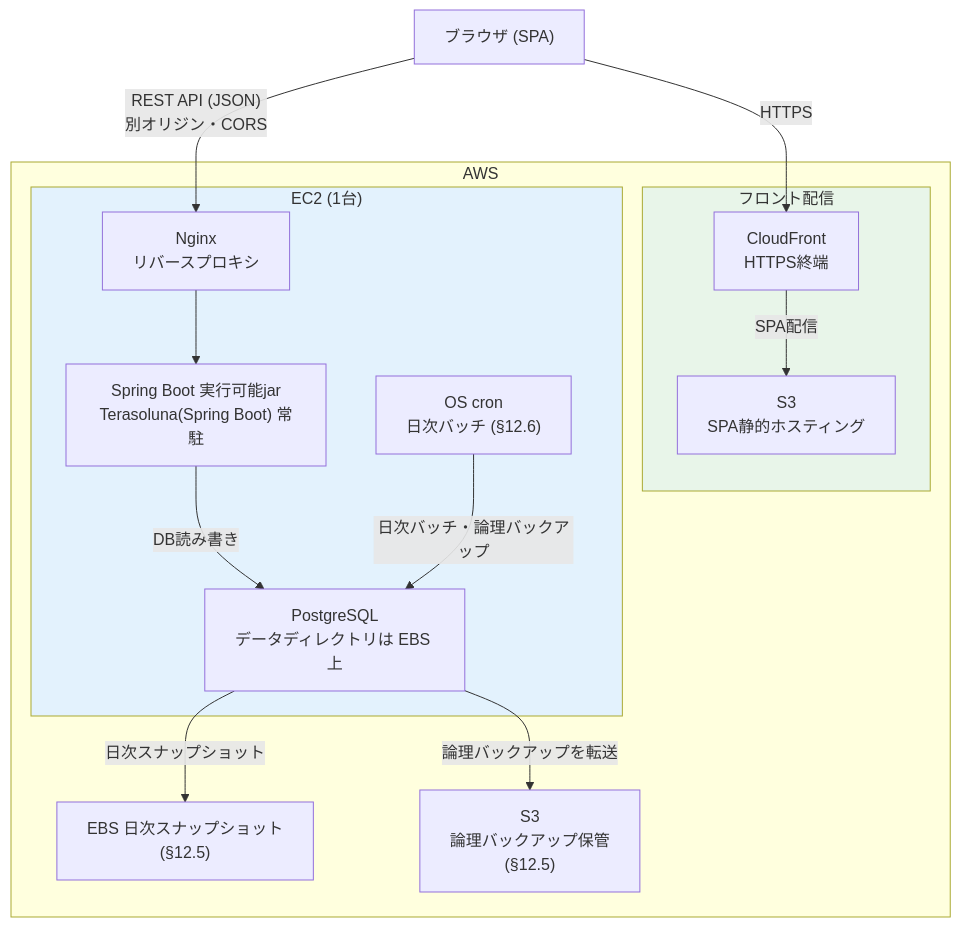
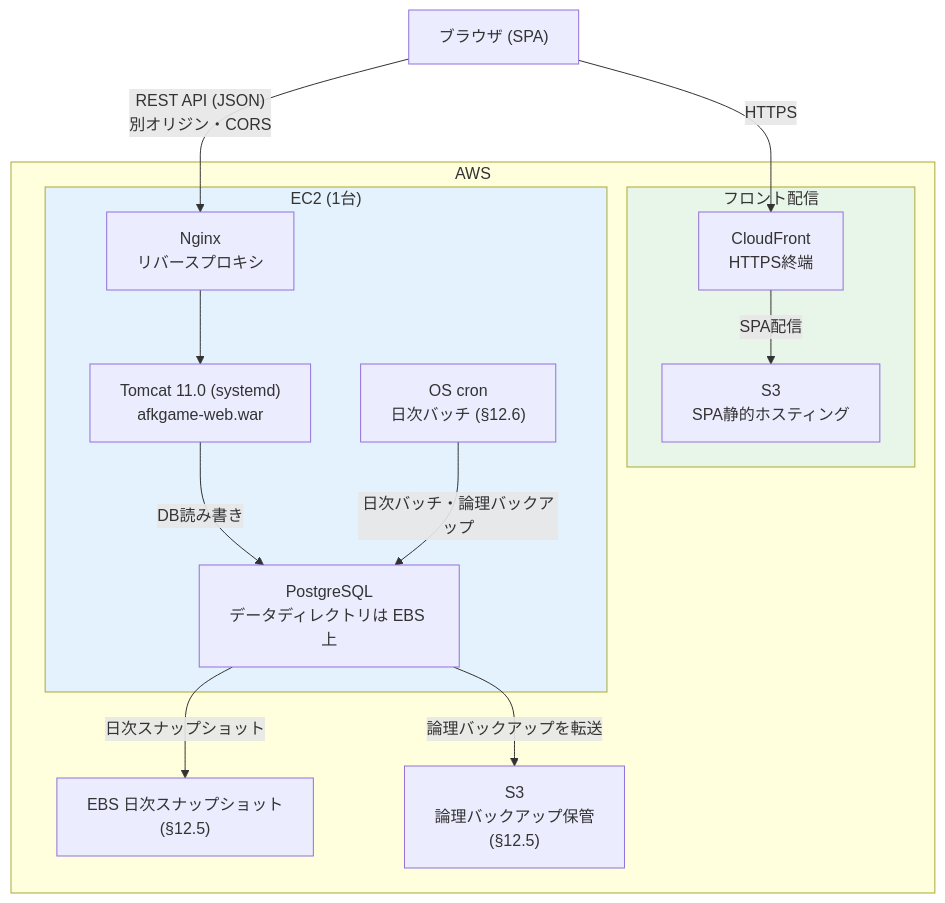
One commit to dateeee/2026_AFKGAME changed the diagram in docs/diagrams/system_architecture/deployment.md. Above: the diagram before and after it, drawn with Mermaid. The commit also changed other lines of this file and 40 other files, not shown here.

````diff
--- a/docs/diagrams/system_architecture/deployment.md
+++ b/docs/diagrams/system_architecture/deployment.md
@@ -7,34 +7,34 @@
 ```mermaid
 %%{init: {'theme': 'default', 'themeVariables': {'fontSize': '16px'}} }%%
 flowchart TB
     Browser["ブラウザ (SPA)"]
 
     subgraph AWS["AWS"]
         subgraph Front["フロント配信"]
             CloudFront["CloudFront\nHTTPS終端"]
             S3spa["S3\nSPA静的ホスティング"]
         end
 
         subgraph EC2["EC2 (1台)"]
             Nginx["Nginx\nリバースプロキシ"]
-            AppJar["Spring Boot 実行可能jar\nTerasoluna(Spring Boot) 常駐"]
+            AppWar["Tomcat 11.0 (systemd)\nafkgame-web.war"]
             Cron["OS cron\n日次バッチ (§12.6)"]
             EBS["PostgreSQL\nデータディレクトリは EBS 上"]
         end
 
         Snapshot["EBS 日次スナップショット\n(§12.5)"]
         S3backup["S3\n論理バックアップ保管\n(§12.5)"]
     end
 
     Browser -->|"HTTPS"| CloudFront
     CloudFront -->|"SPA配信"| S3spa
     Browser -->|"REST API (JSON)\n別オリジン・CORS"| Nginx
-    Nginx --> AppJar
-    AppJar -->|"DB読み書き"| EBS
+    Nginx --> AppWar
+    AppWar -->|"DB読み書き"| EBS
     Cron -->|"日次バッチ・論理バックアップ"| EBS
     EBS -->|"日次スナップショット"| Snapshot
     EBS -->|"論理バックアップを転送"| S3backup
 
     style Front fill:#e8f5e9
     style EC2 fill:#e3f2fd
 ```
````
